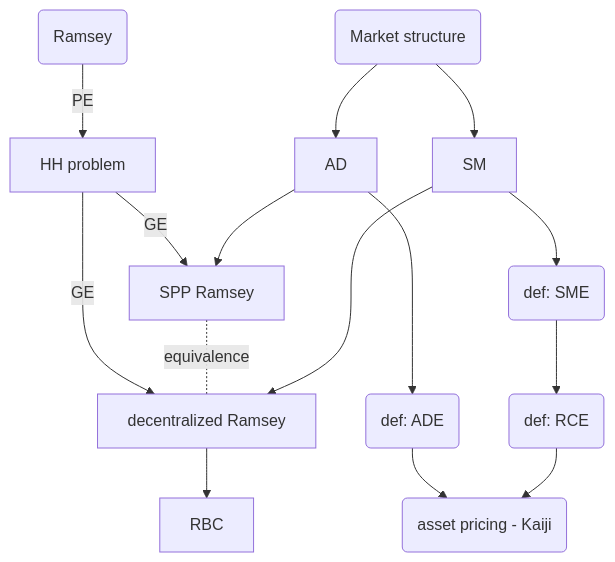
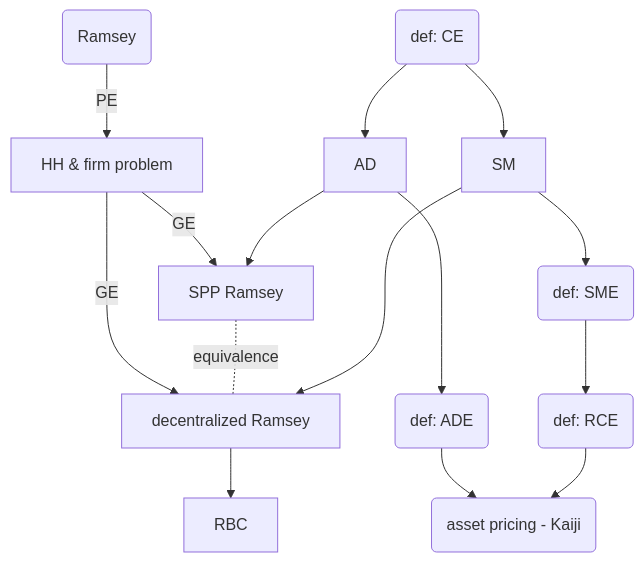
Before and after one commit to Clpr/200511_CoreExamNotes: the second of 6 diagrams in Macro.md, drawn with Mermaid. The commit also changed other lines of this file and 3 other files, not shown here.

````diff
--- a/Macro.md
+++ b/Macro.md
@@ -109,13 +107,13 @@
 ```mermaid
 graph TB
-	A1(Ramsey) -->|PE| B[HH problem]
+	A1(Ramsey) -->|PE| B[HH & firm problem]
 	B -->|GE| C1[SPP Ramsey]
 	B -->|GE| C2[decentralized Ramsey] --> D[RBC]
 	C1 -.-|equivalence| C2
-	A2(Market structure) --> A21[AD]
-	A2 --> A22[SM]
+	A20(def: CE) --> A21[AD]
+	A20 --> A22[SM]
 	A21 --> C1
 	A22 --> C2
 	A21 --> A211(def: ADE) --> A2111(asset pricing - Kaiji)
 	A22 --> A221(def: SME) --> A2211(def: RCE) --> A2111
 ```
````
